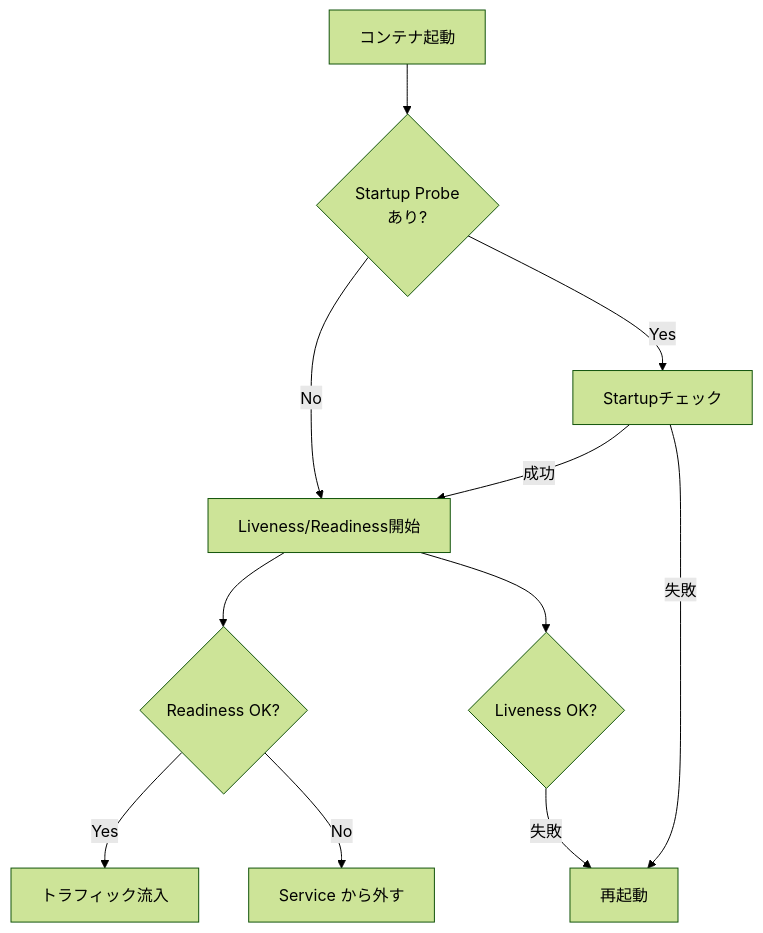
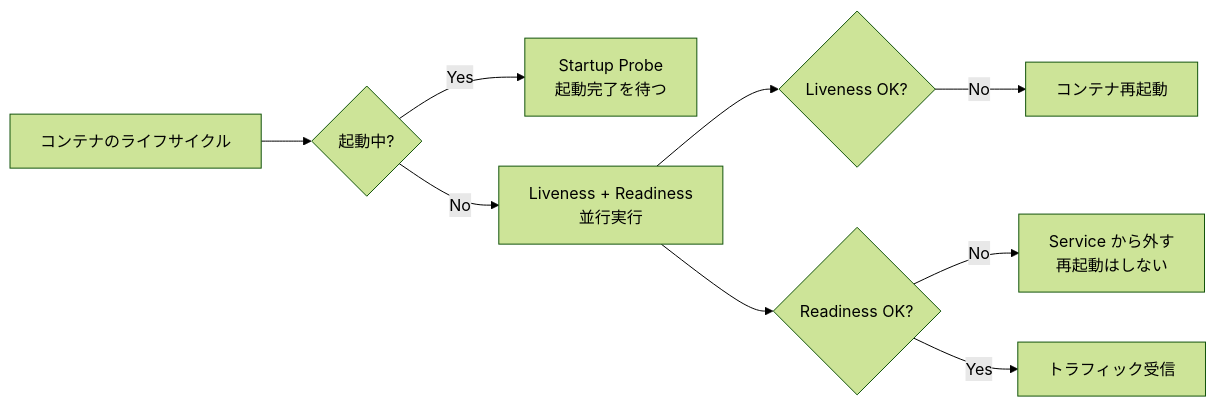
The second of 8 diagrams in docs/07-production/probe.md (swallowsaba/introduction-k8s), drawn with Mermaid (forest theme) before and after one commit. The commit also changed other lines of this file and 10 other files, not shown here.

````diff
--- a/docs/07-production/probe.md
+++ b/docs/07-production/probe.md
@@ -29,13 +71,11 @@
 ```mermaid
-flowchart TB
-    start[コンテナ起動] --> sp{Startup Probe<br>あり?}
-    sp -->|Yes| spchk[Startupチェック]
-    spchk -->|成功| live
-    spchk -->|失敗| restart[再起動]
-    sp -->|No| live[Liveness/Readiness開始]
-    live --> ready{Readiness OK?}
-    ready -->|Yes| traffic[トラフィック流入]
-    ready -->|No| nontraffic[Service から外す]
-    live --> alive{Liveness OK?}
-    alive -->|失敗| restart
+flowchart LR
+    A[コンテナのライフサイクル] --> B{起動中?}
+    B -->|Yes| C[Startup Probe<br>起動完了を待つ]
+    B -->|No| D[Liveness + Readiness<br>並行実行]
+    D --> E{Liveness OK?}
+    E -->|No| F[コンテナ再起動]
+    D --> G{Readiness OK?}
+    G -->|No| H[Service から外す<br>再起動はしない]
+    G -->|Yes| I[トラフィック受信]
 ```
````
